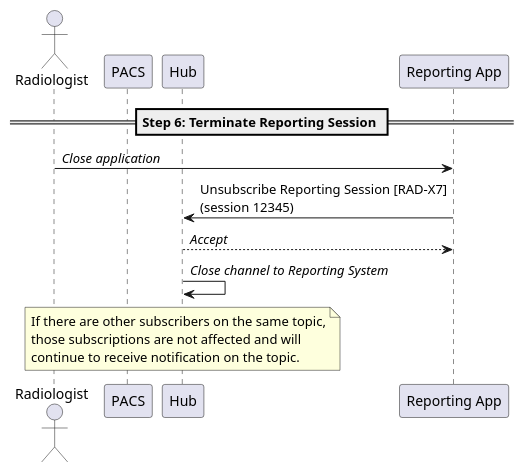
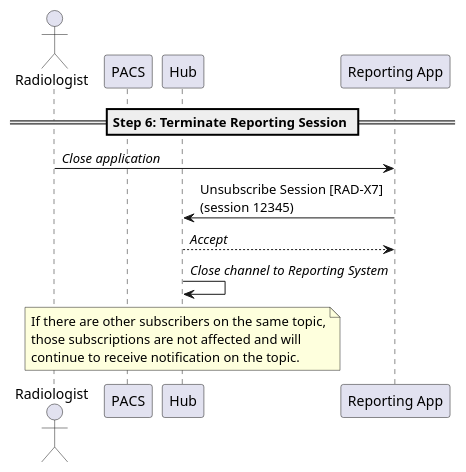
One commit to IHE/RAD.IRA changed the diagram in input/images-source/step6-terminate-reporting-session.plantuml. Above: the diagram before and after it, drawn with PlantUML. The commit also changed 4 other files, not shown here.

Commit message:
Change RAD-X7 to generic Unsubscribe Session since there is nothing specific about reporting in this transaction.

```diff
--- a/input/images-source/step6-terminate-reporting-session.plantuml
+++ b/input/images-source/step6-terminate-reporting-session.plantuml
@@ -1,21 +1,21 @@
 @startuml
 
 actor Radiologist as User
 participant "PACS" as PACS
 participant "Hub" as Hub
 participant "Reporting App" as Report
 
 == Step 6: Terminate Reporting Session ==
 
 User->Report: //Close application//
 
-Report->Hub: Unsubscribe Reporting Session [RAD-X7]\n(session 12345)
+Report->Hub: Unsubscribe Session [RAD-X7]\n(session 12345)
 Hub-->Report: //Accept//
 Hub->Hub: //Close channel to Reporting System//
 note over Hub
 If there are other subscribers on the same topic,
 those subscriptions are not affected and will
 continue to receive notification on the topic.
 end note
 
 @enduml
```
